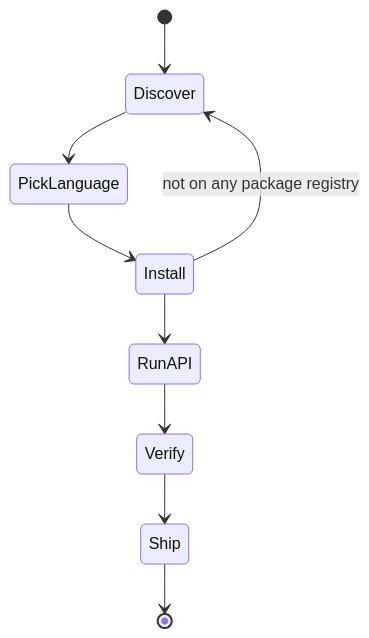
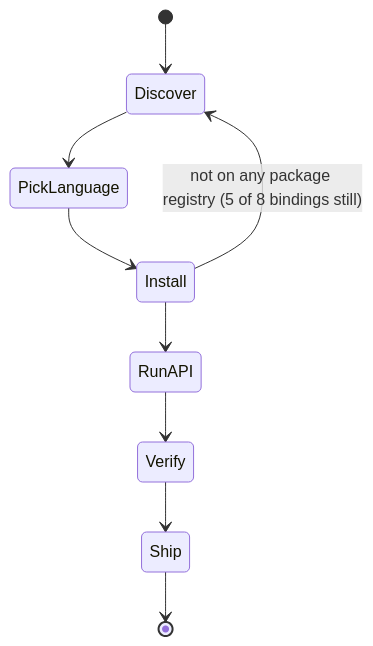
Before and after one commit to user137/uacrypt: the fourth of 5 diagrams in docs/user-journey-gaps.md, drawn with Mermaid. The commit also changed other lines of this file and 3 other files, not shown here.

````diff
--- a/docs/user-journey-gaps.md
+++ b/docs/user-journey-gaps.md
@@ -132,12 +134,12 @@
 ```mermaid
 stateDiagram-v2
     [*] --> Discover
     Discover --> PickLanguage
     PickLanguage --> Install
     Install --> RunAPI
     RunAPI --> Verify
     Verify --> Ship
     Ship --> [*]
 
-    Install --> Discover: not on any package registry
+    Install --> Discover: not on any package registry (5 of 8 bindings still)
 ```
````
